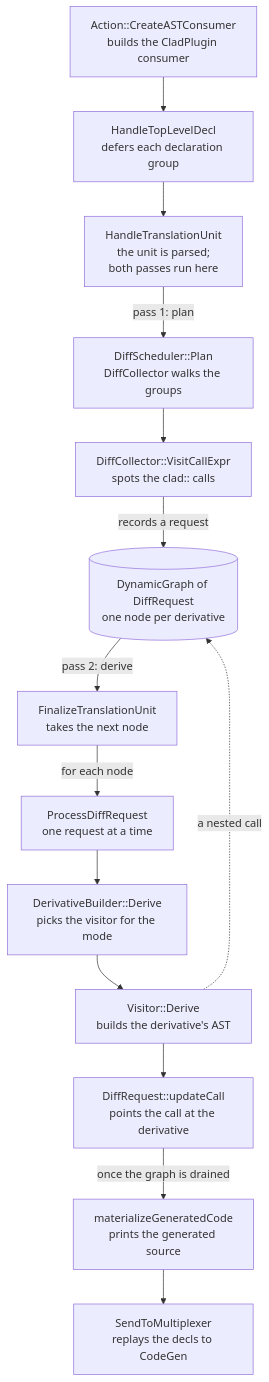
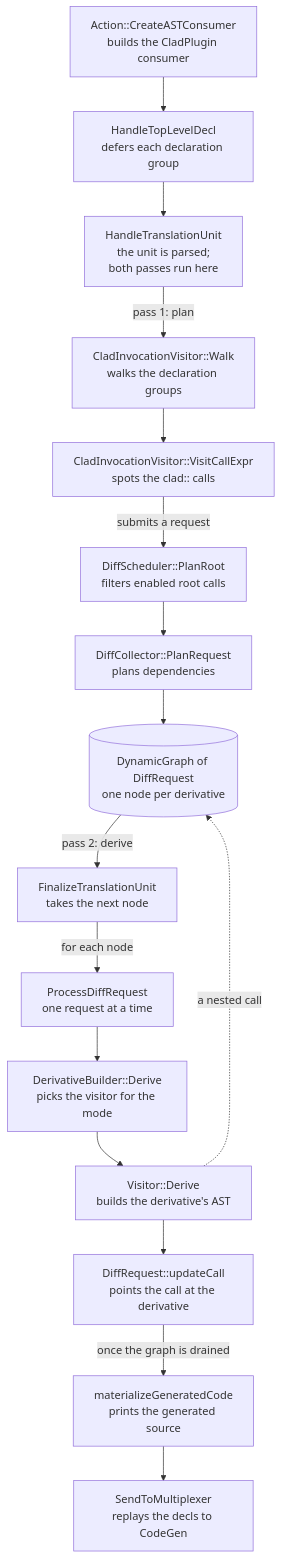
Before and after one commit to vgvassilev/clad: the diagram in docs/userDocs/source/user/IntroductionToClangForCladContributors.rst, drawn with Mermaid. The commit also changed other lines of this file and 31 other files, not shown here.

Commit message:
Decouple differentiation requests from Clad invocation handling

```diff
--- a/docs/userDocs/source/user/IntroductionToClangForCladContributors.rst
+++ b/docs/userDocs/source/user/IntroductionToClangForCladContributors.rst
@@ -75,24 +75,26 @@
 .. mermaid::
 
    flowchart TD
      CAC["Action::CreateASTConsumer<br/>builds the CladPlugin consumer"]
      HTLD["HandleTopLevelDecl<br/>defers each declaration group"]
      HTU["HandleTranslationUnit<br/>the unit is parsed;<br/>both passes run here"]
-     PLAN["DiffScheduler::Plan<br/>DiffCollector walks the groups"]
-     VCE["DiffCollector::VisitCallExpr<br/>spots the clad:: calls"]
+     PLAN["CladInvocationVisitor::Walk<br/>walks the declaration groups"]
+     VCE["CladInvocationVisitor::VisitCallExpr<br/>spots the clad:: calls"]
+     ROOT["DiffScheduler::PlanRoot<br/>filters enabled root calls"]
+     COLLECT["DiffCollector::PlanRequest<br/>plans dependencies"]
      GRAPH[("DynamicGraph of DiffRequest<br/>one node per derivative")]
      FIN["FinalizeTranslationUnit<br/>takes the next node"]
      PDR["ProcessDiffRequest<br/>one request at a time"]
      DERIVE["DerivativeBuilder::Derive<br/>picks the visitor for the mode"]
      VISIT["Visitor::Derive<br/>builds the derivative's AST"]
      UPDATE["DiffRequest::updateCall<br/>points the call at the derivative"]
      MAT["materializeGeneratedCode<br/>prints the generated source"]
      MUX["SendToMultiplexer<br/>replays the decls to CodeGen"]
 
      CAC --> HTLD --> HTU
      HTU -- "pass 1: plan" --> PLAN --> VCE
-     VCE -- "records a request" --> GRAPH
+     VCE -- "submits a request" --> ROOT --> COLLECT --> GRAPH
      GRAPH -- "pass 2: derive" --> FIN
      FIN -- "for each node" --> PDR --> DERIVE --> VISIT --> UPDATE
      VISIT -. "a nested call" .-> GRAPH
      UPDATE -- "once the graph is drained" --> MAT --> MUX
```
